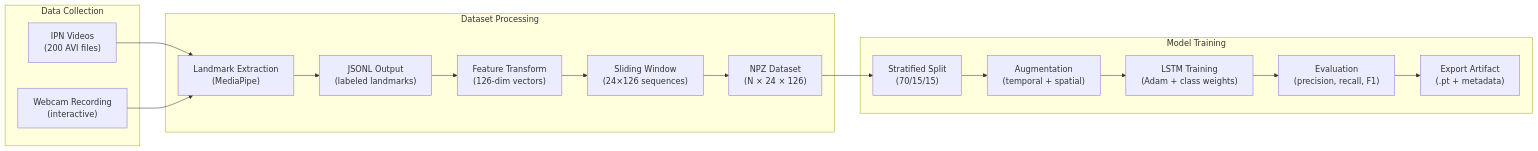
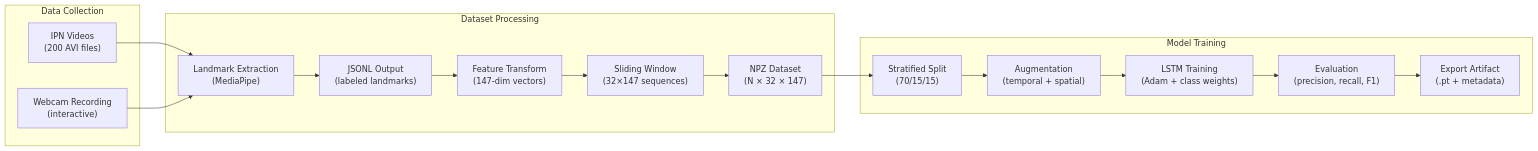
Before and after one commit to ntsrigaud/Maestro: the second of 2 diagrams in docs/architecture/data-flow.md, drawn with Mermaid. The commit also changed other lines of this file and 10 other files, not shown here.

First line of the commit message:
docs: align architecture documentations with latest system state

````diff
--- a/docs/architecture/data-flow.md
+++ b/docs/architecture/data-flow.md
@@ -365,35 +405,35 @@
 ```mermaid
 graph LR
     subgraph Collection ["Data Collection"]
         Video["IPN Videos<br/>(200 AVI files)"]
         Webcam["Webcam Recording<br/>(interactive)"]
     end
 
     subgraph Processing ["Dataset Processing"]
         Extract["Landmark Extraction<br/>(MediaPipe)"]
         JSONL["JSONL Output<br/>(labeled landmarks)"]
-        Feature["Feature Transform<br/>(126-dim vectors)"]
-        Window["Sliding Window<br/>(24×126 sequences)"]
-        NPZ["NPZ Dataset<br/>(N × 24 × 126)"]
+        Feature["Feature Transform<br/>(147-dim vectors)"]
+        Window["Sliding Window<br/>(32×147 sequences)"]
+        NPZ["NPZ Dataset<br/>(N × 32 × 147)"]
     end
 
     subgraph Training ["Model Training"]
         Split["Stratified Split<br/>(70/15/15)"]
         Aug["Augmentation<br/>(temporal + spatial)"]
         LSTM2["LSTM Training<br/>(Adam + class weights)"]
         Eval["Evaluation<br/>(precision, recall, F1)"]
         Export["Export Artifact<br/>(.pt + metadata)"]
     end
 
     Video --> Extract
     Webcam --> Extract
     Extract --> JSONL
     JSONL --> Feature
     Feature --> Window
     Window --> NPZ
     NPZ --> Split
     Split --> Aug
     Aug --> LSTM2
     LSTM2 --> Eval
     Eval --> Export
 ```
````
